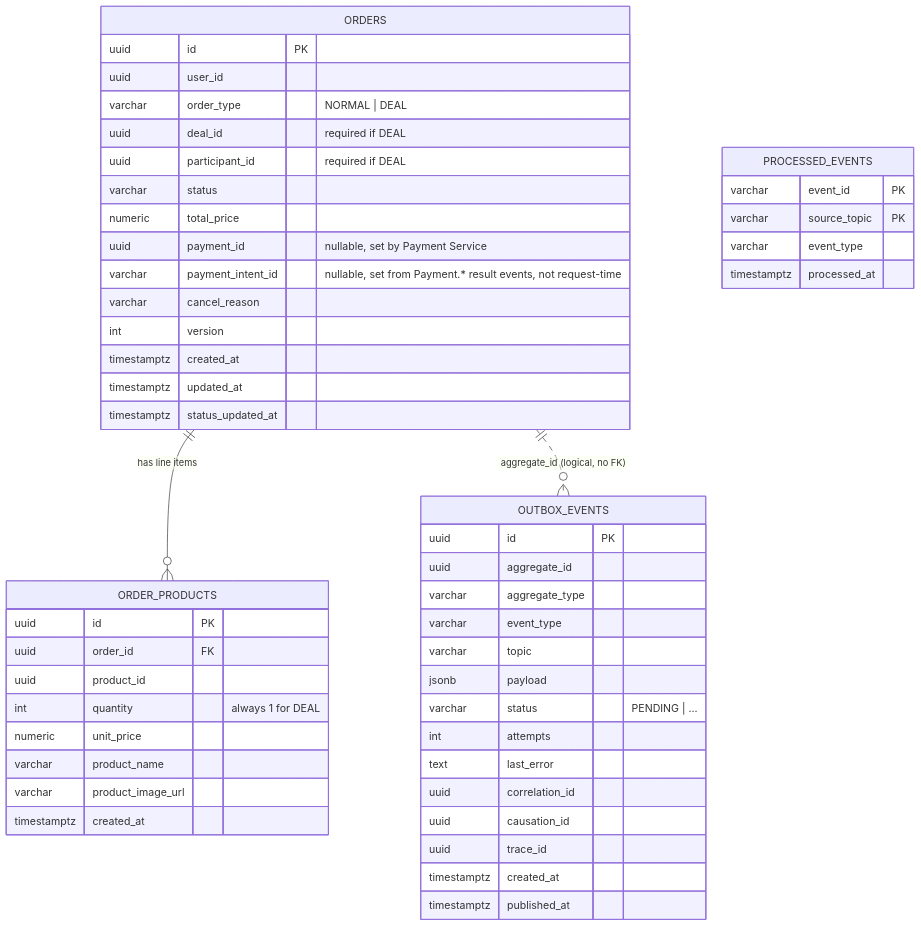
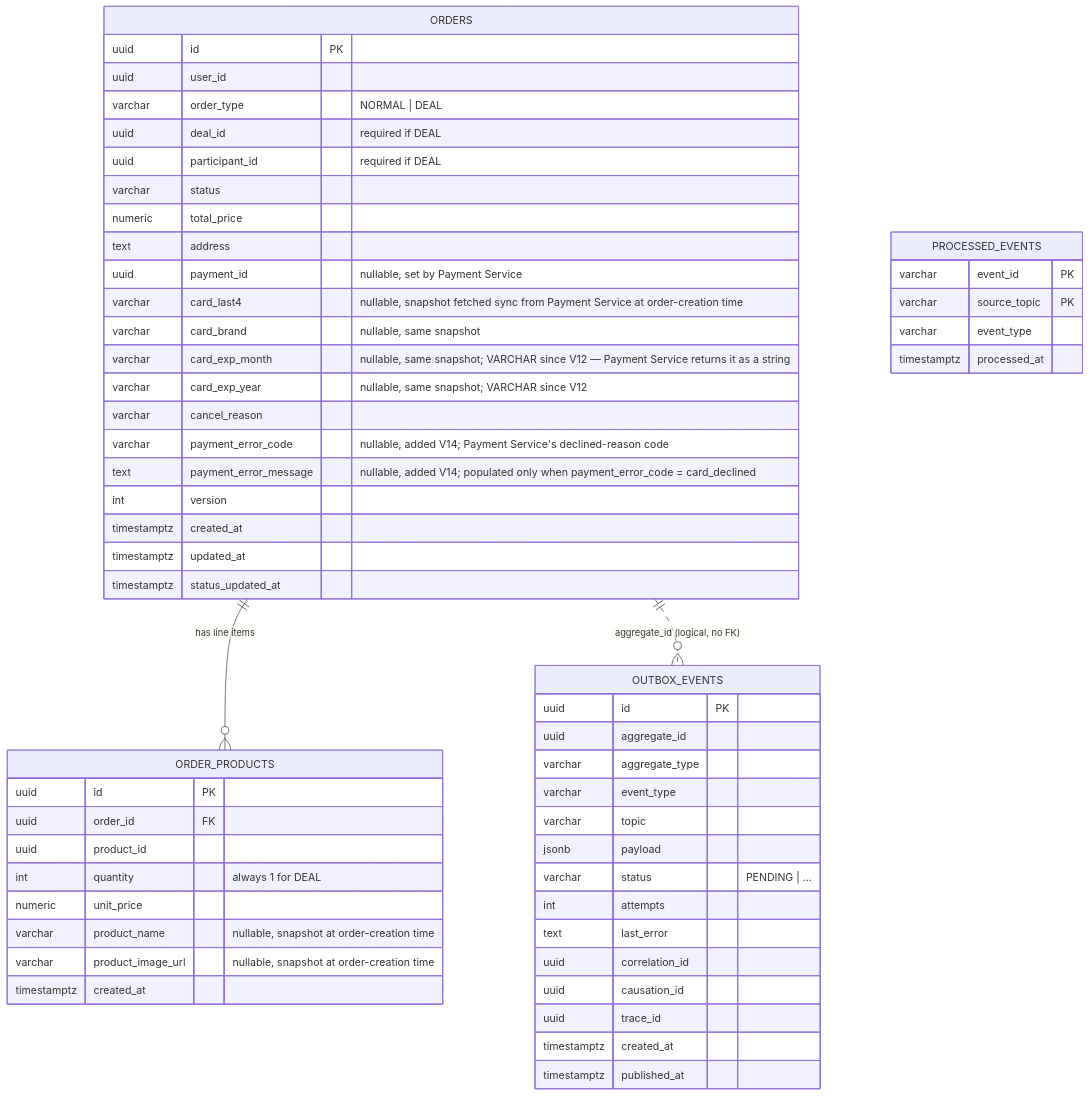
The first of 3 diagrams in services docs/order-service.md (RallyDeals/rally-docs), drawn with Mermaid before and after one commit. The commit also changed other lines of this file, not shown here.

Commit message:
update docs to include address, error code/message, and settlement sweep removal

````diff
--- a/services docs/order-service.md
+++ b/services docs/order-service.md
@@ -5,57 +5,63 @@
 ```mermaid
 erDiagram
     ORDERS ||--o{ ORDER_PRODUCTS : "has line items"
     ORDERS ||..o{ OUTBOX_EVENTS : "aggregate_id (logical, no FK)"
 
     ORDERS {
         uuid id PK
         uuid user_id
         varchar order_type "NORMAL | DEAL"
         uuid deal_id "required if DEAL"
         uuid participant_id "required if DEAL"
         varchar status
         numeric total_price
+        text address
         uuid payment_id "nullable, set by Payment Service"
-        varchar payment_intent_id "nullable, set from Payment.* result events, not request-time"
+        varchar card_last4 "nullable, snapshot fetched sync from Payment Service at order-creation time"
+        varchar card_brand "nullable, same snapshot"
+        varchar card_exp_month "nullable, same snapshot; VARCHAR since V12 — Payment Service returns it as a string"
+        varchar card_exp_year "nullable, same snapshot; VARCHAR since V12"
         varchar cancel_reason
+        varchar payment_error_code "nullable, added V14; Payment Service's declined-reason code"
+        text payment_error_message "nullable, added V14; populated only when payment_error_code = card_declined"
         int version
         timestamptz created_at
         timestamptz updated_at
         timestamptz status_updated_at
     }
 
     ORDER_PRODUCTS {
         uuid id PK
         uuid order_id FK
         uuid product_id
         int quantity "always 1 for DEAL"
         numeric unit_price
-        varchar product_name
-        varchar product_image_url
+        varchar product_name "nullable, snapshot at order-creation time"
+        varchar product_image_url "nullable, snapshot at order-creation time"
         timestamptz created_at
     }
 
     OUTBOX_EVENTS {
         uuid id PK
         uuid aggregate_id
         varchar aggregate_type
         varchar event_type
         varchar topic
         jsonb payload
         varchar status "PENDING | ..."
         int attempts
         text last_error
         uuid correlation_id
         uuid causation_id
         uuid trace_id
         timestamptz created_at
         timestamptz published_at
     }
 
     PROCESSED_EVENTS {
         varchar event_id PK
         varchar source_topic PK
         varchar event_type
         timestamptz processed_at
     }
 ```
````
